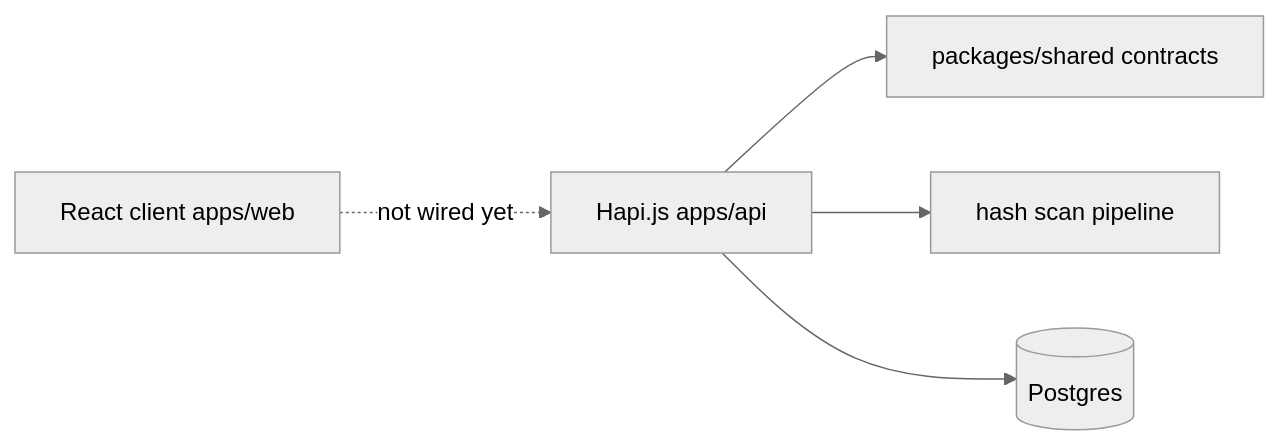
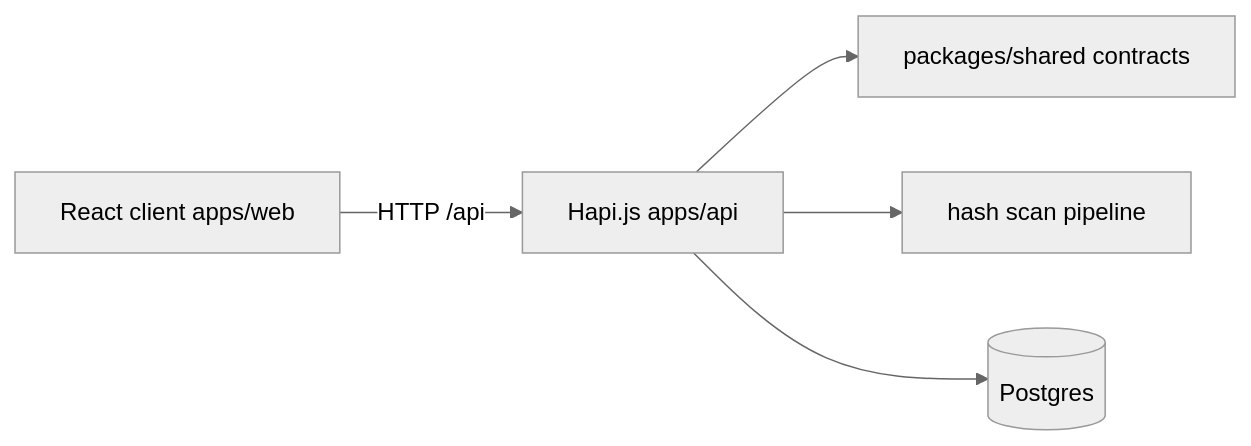
The second of 2 diagrams in docs/Architecture.md (fworks-tech/chaintelescope), drawn with Mermaid (neutral theme) before and after one commit. The commit also changed other lines of this file and 20 other files, not shown here.

````diff
--- a/docs/Architecture.md
+++ b/docs/Architecture.md
@@ -50,13 +50,13 @@
 ```mermaid
 flowchart LR
   Client[React client apps/web]
   Hapi[Hapi.js apps/api]
   Shared[packages/shared contracts]
   DB[(Postgres)]
   Stream[hash scan pipeline]
 
-  Client -.->|not wired yet| Hapi
+  Client -->|HTTP /api| Hapi
   Hapi --> Shared
   Hapi --> Stream
   Hapi --> DB
 ```
````
